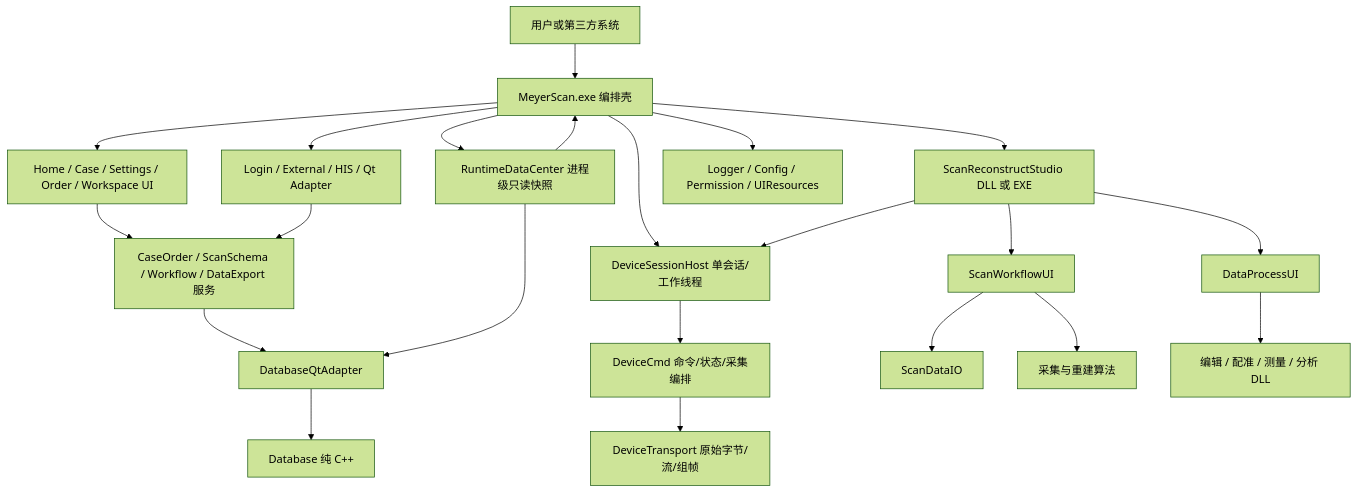
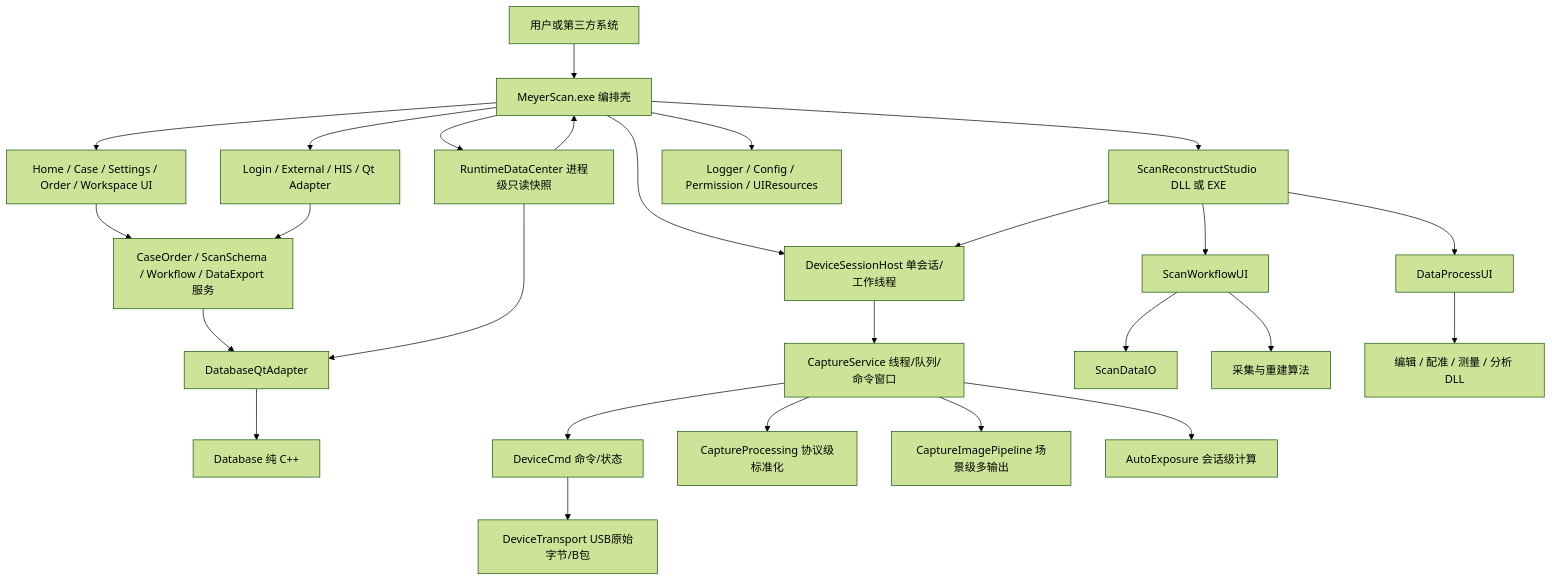
One commit to weijian118/MeyerScan changed the first of 2 diagrams in Documents/MeyerScan架构设计与接口规范.md. Above: the diagram before and after it, drawn with Mermaid (forest theme). The commit also changed other lines of this file and 150 other files, not shown here.

First line of the commit message:
落地设备采集基础链路与图像处理分层

````diff
--- a/Documents/MeyerScan架构设计与接口规范.md
+++ b/Documents/MeyerScan架构设计与接口规范.md
@@ -31,24 +31,28 @@
 ```mermaid
 flowchart TD
     User["用户或第三方系统"] --> Main["MeyerScan.exe 编排壳"]
     Main --> UI["Home / Case / Settings / Order / Workspace UI"]
     Main --> Adapter["Login / External / HIS / Qt Adapter"]
     UI --> Service["CaseOrder / ScanSchema / Workflow / DataExport 服务"]
     Main --> Runtime["RuntimeDataCenter 进程级只读快照"]
     Runtime --> Main
     Adapter --> Service
     Service --> DbAdapter["DatabaseQtAdapter"]
     Runtime --> DbAdapter
     DbAdapter --> Database["Database 纯 C++"]
     Main --> ScanShell["ScanReconstructStudio DLL 或 EXE"]
     ScanShell --> ScanUI["ScanWorkflowUI"]
     ScanShell --> ProcessUI["DataProcessUI"]
     Main --> DeviceHost["DeviceSessionHost 单会话/工作线程"]
     ScanShell --> DeviceHost
-    DeviceHost --> DeviceCmd["DeviceCmd 命令/状态/采集编排"]
-    DeviceCmd --> DeviceTransport["DeviceTransport 原始字节/流/组帧"]
+    DeviceHost --> CaptureService["CaptureService 线程/队列/命令窗口"]
+    CaptureService --> DeviceCmd["DeviceCmd 命令/状态"]
+    DeviceCmd --> DeviceTransport["DeviceTransport USB原始字节/B包"]
+    CaptureService --> CaptureProcessing["CaptureProcessing 协议级标准化"]
+    CaptureService --> CapturePipeline["CaptureImagePipeline 场景级多输出"]
+    CaptureService --> AutoExposure["AutoExposure 会话级计算"]
     ScanUI --> ScanDataIO["ScanDataIO"]
     ScanUI --> Algorithm["采集与重建算法"]
     ProcessUI --> Tools["编辑 / 配准 / 测量 / 分析 DLL"]
     Main --> Infra["Logger / Config / Permission / UIResources"]
 ```
````
